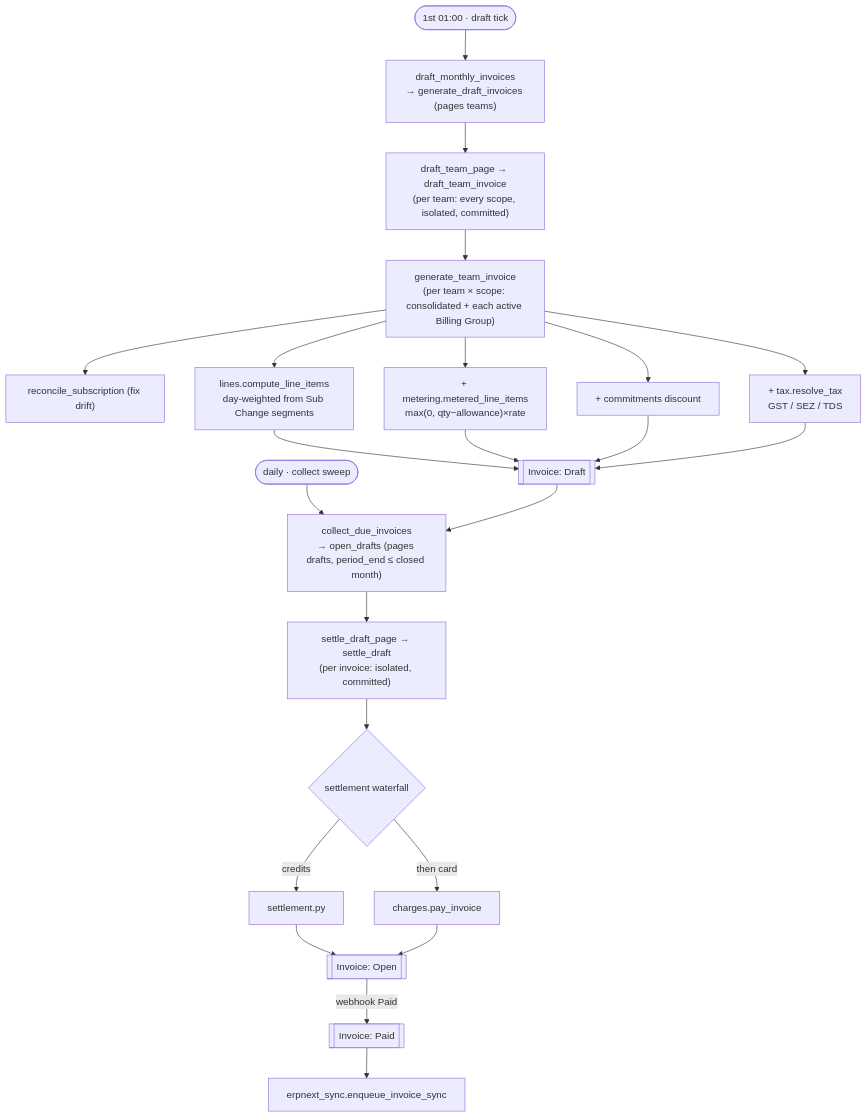
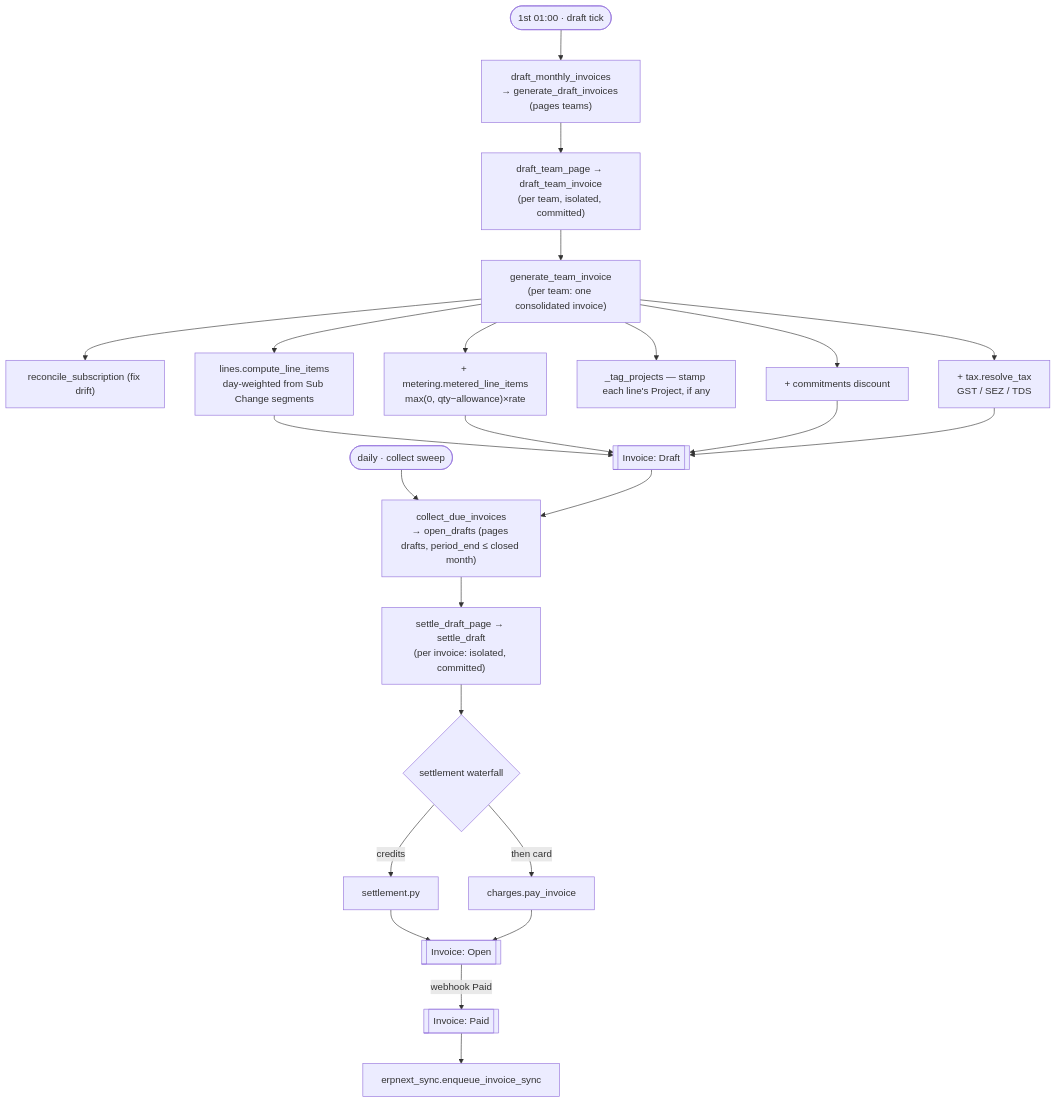
The fifth of 8 diagrams in central/billing/ARCHITECTURE.md (frappe/central), drawn with Mermaid before and after one commit. The commit also changed other lines of this file and 70 other files, not shown here.

First line of the commit message:
feat(billing): rename Billing Group to Project, drop multi-invoice model

````diff
--- a/central/billing/ARCHITECTURE.md
+++ b/central/billing/ARCHITECTURE.md
@@ -415,22 +396,23 @@
 ```mermaid
 flowchart TD
     DRAFTTICK(["1st 01:00 · draft tick"]) --> GDI["draft_monthly_invoices<br/>→ generate_draft_invoices (pages teams)"]
-    GDI --> DTI["draft_team_page → draft_team_invoice<br/>(per team: every scope, isolated, committed)"]
-    DTI --> GTI["generate_team_invoice<br/>(per team × scope: consolidated + each active Billing Group)"]
+    GDI --> DTI["draft_team_page → draft_team_invoice<br/>(per team, isolated, committed)"]
+    DTI --> GTI["generate_team_invoice<br/>(per team: one consolidated invoice)"]
     GTI --> RS["reconcile_subscription (fix drift)"]
     GTI --> LINES["lines.compute_line_items<br/>day-weighted from Sub Change segments"]
     GTI --> MET["+ metering.metered_line_items<br/>max(0, qty−allowance)×rate"]
+    GTI --> TAG["_tag_projects — stamp each line's Project, if any"]
     GTI --> DISC["+ commitments discount"]
     GTI --> TAX["+ tax.resolve_tax<br/>GST / SEZ / TDS"]
     LINES & MET & DISC & TAX --> DRAFT[["Invoice: Draft"]]
 
     COLLECTTICK(["daily · collect sweep"]) --> OD["collect_due_invoices<br/>→ open_drafts (pages drafts, period_end ≤ closed month)"]
     DRAFT --> OD
     OD --> OAC["settle_draft_page → settle_draft<br/>(per invoice: isolated, committed)"]
     OAC --> WF{"settlement waterfall"}
     WF -->|credits| CR["settlement.py"]
     WF -->|then card| CARD["charges.pay_invoice"]
     CR & CARD --> OPEN[["Invoice: Open"]]
     OPEN -->|webhook Paid| PAID[["Invoice: Paid"]]
     PAID --> SYNC["erpnext_sync.enqueue_invoice_sync"]
 ```
````
